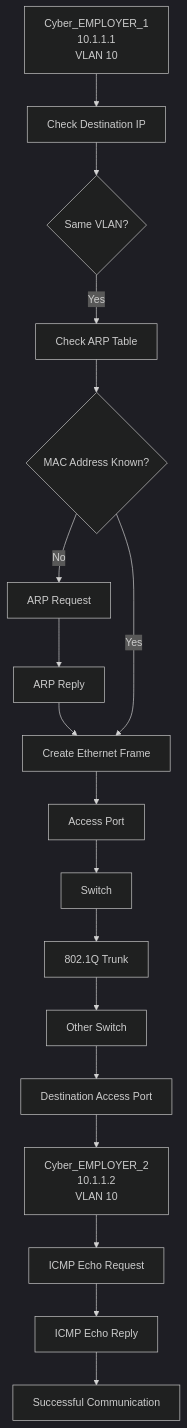
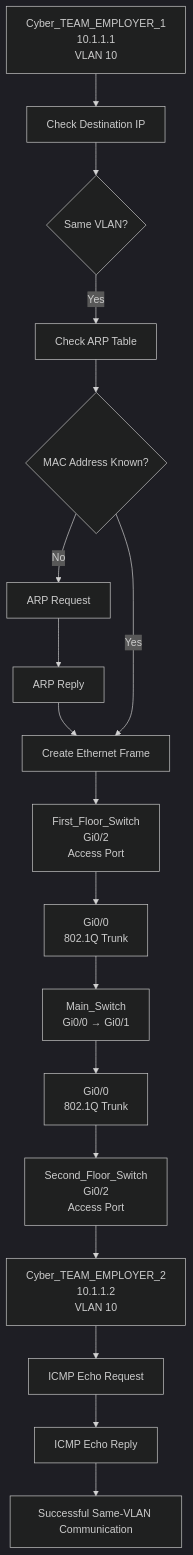
One commit to sohamCyber-08/vlan-trunking-lab2 changed the diagram in README.md. Above: the diagram before and after it, drawn with Mermaid (dark theme). The commit also changed other lines of this file, not shown here.

````diff
--- a/README.md
+++ b/README.md
@@ -58,21 +62,24 @@
 ```mermaid
 flowchart TD
-    A[Cyber_EMPLOYER_1<br/>10.1.1.1<br/>VLAN 10] --> B[Check Destination IP]
+    A[Cyber_TEAM_EMPLOYER_1<br/>10.1.1.1<br/>VLAN 10] --> B[Check Destination IP]
     B --> C{Same VLAN?}
     C -->|Yes| D[Check ARP Table]
     D --> E{MAC Address Known?}
+
     E -->|No| F[ARP Request]
     F --> G[ARP Reply]
     G --> H[Create Ethernet Frame]
+
     E -->|Yes| H
-    H --> I[Access Port]
-    I --> J[Switch]
-    J --> K[802.1Q Trunk]
-    K --> L[Other Switch]
-    L --> M[Destination Access Port]
-    M --> N[Cyber_EMPLOYER_2<br/>10.1.1.2<br/>VLAN 10]
+
+    H --> I[First_Floor_Switch<br/>Gi0/2<br/>Access Port]
+    I --> J[Gi0/0<br/>802.1Q Trunk]
+    J --> K[Main_Switch<br/>Gi0/0 → Gi0/1]
+    K --> L[Gi0/0<br/>802.1Q Trunk]
+    L --> M[Second_Floor_Switch<br/>Gi0/2<br/>Access Port]
+    M --> N[Cyber_TEAM_EMPLOYER_2<br/>10.1.1.2<br/>VLAN 10]
+
     N --> O[ICMP Echo Request]
     O --> P[ICMP Echo Reply]
-    P --> Q[Successful Communication]
-
+    P --> Q[Successful Same-VLAN Communication]
 ```
````
